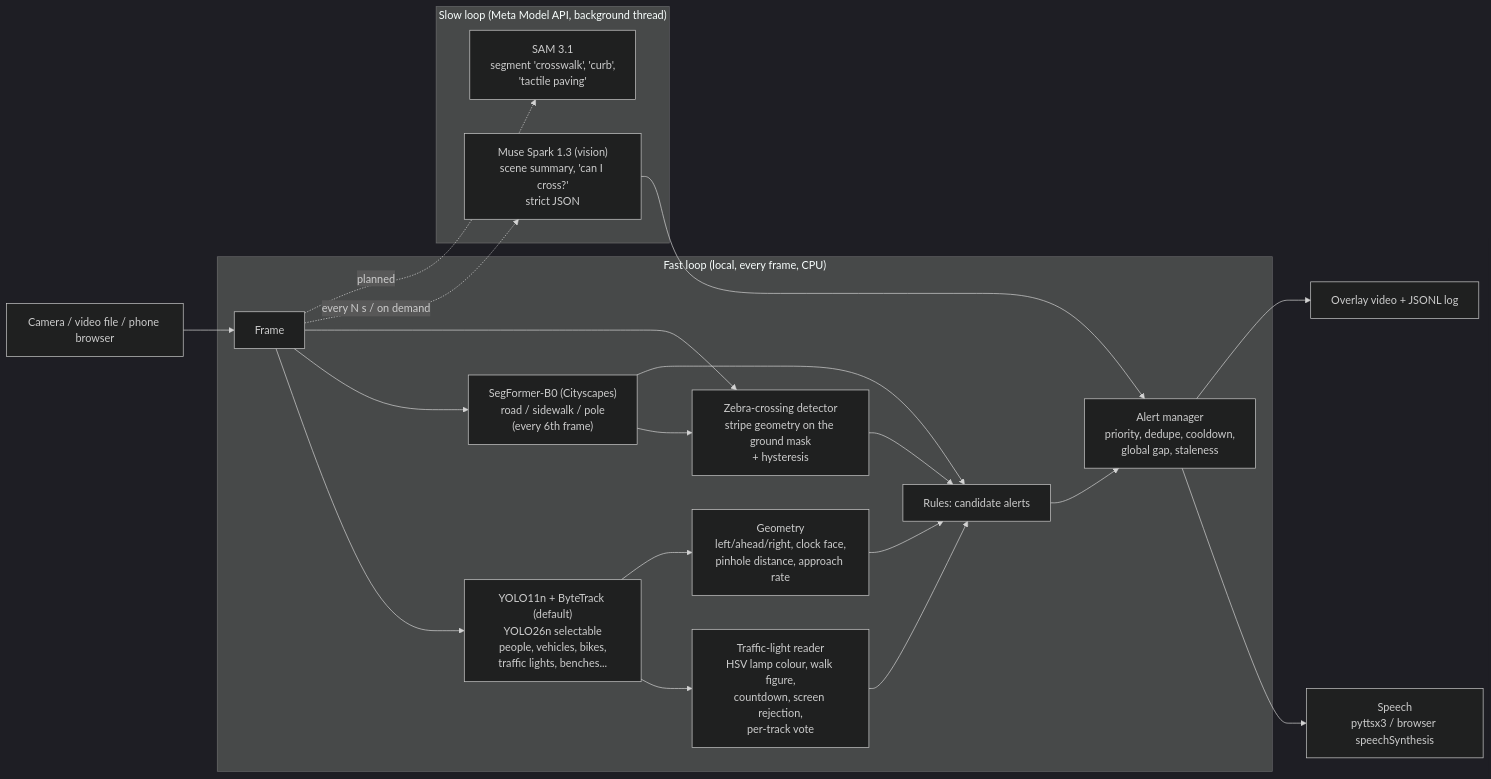
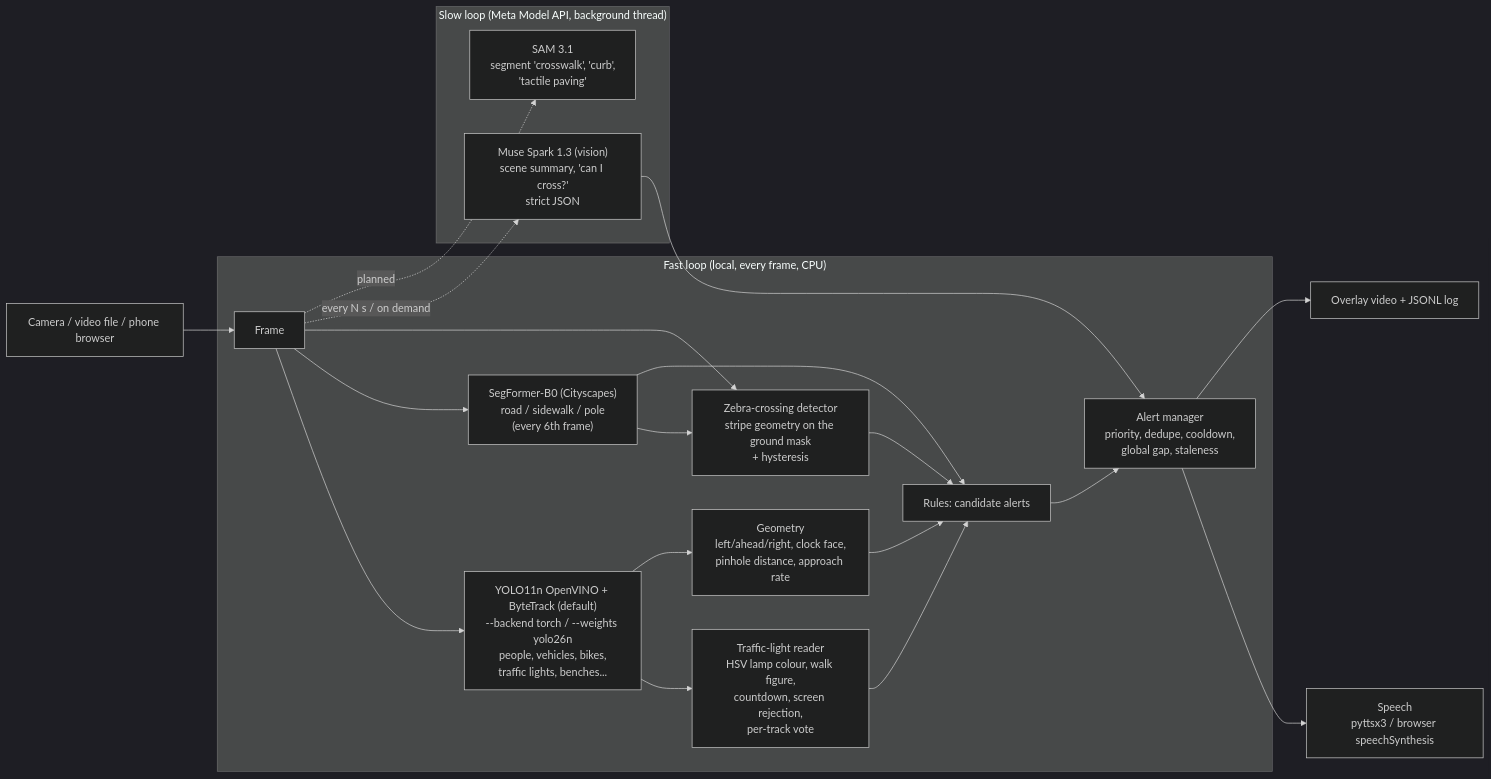
The diagram in README.md (Alexeiguch/streetsense), drawn with Mermaid (dark theme) before and after one commit. The commit also changed other lines of this file and 9 other files, not shown here.

First line of the commit message:
Make OpenVINO the default YOLO11n backend; keep PyTorch selectable

````diff
--- a/README.md
+++ b/README.md
@@ -14,24 +14,24 @@
 ```mermaid
 flowchart LR
     CAM[Camera / video file / phone browser] --> F[Frame]
     subgraph FAST["Fast loop (local, every frame, CPU)"]
-        F --> YOLO["YOLO11n + ByteTrack (default)<br/>YOLO26n selectable<br/>people, vehicles, bikes,<br/>traffic lights, benches..."]
+        F --> YOLO["YOLO11n OpenVINO + ByteTrack (default)<br/>--backend torch / --weights yolo26n<br/>people, vehicles, bikes,<br/>traffic lights, benches..."]
         F --> SEG["SegFormer-B0 (Cityscapes)<br/>road / sidewalk / pole<br/>(every 6th frame)"]
         YOLO --> TL["Traffic-light reader<br/>HSV lamp colour, walk figure,<br/>countdown, screen rejection,<br/>per-track vote"]
         SEG --> CW["Zebra-crossing detector<br/>stripe geometry on the ground mask<br/>+ hysteresis"]
         F --> CW
         YOLO --> GEO["Geometry<br/>left/ahead/right, clock face,<br/>pinhole distance, approach rate"]
         TL --> RULES[Rules: candidate alerts]
         CW --> RULES
         GEO --> RULES
         SEG --> RULES
         RULES --> AM["Alert manager<br/>priority, dedupe, cooldown,<br/>global gap, staleness"]
     end
     subgraph SLOW["Slow loop (Meta Model API, background thread)"]
         F -. every N s / on demand .-> MS["Muse Spark 1.3 (vision)<br/>scene summary, 'can I cross?'<br/>strict JSON"]
         F -. planned .-> SAM["SAM 3.1<br/>segment 'crosswalk', 'curb',<br/>'tactile paving'"]
     end
     AM --> TTS["Speech<br/>pyttsx3 / browser speechSynthesis"]
     MS --> AM
     AM --> OV[Overlay video + JSONL log]
 ```
````
